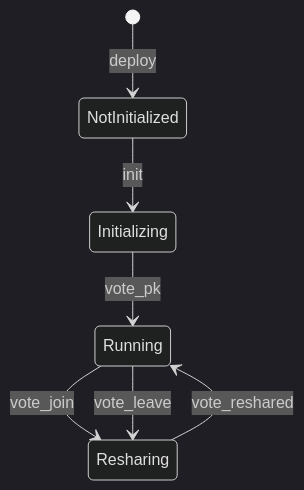
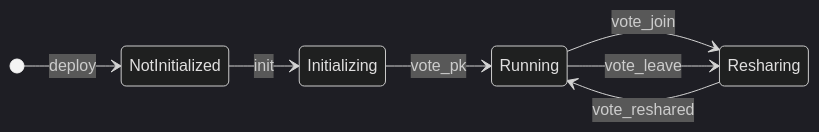
One commit to near/mpc changed the diagram in libs/chain-signatures/contract/readme.md. Above: the diagram before and after it, drawn with Mermaid (dark theme). The commit also changed other lines of this file and 7 other files, not shown here.

````diff
--- a/libs/chain-signatures/contract/readme.md
+++ b/libs/chain-signatures/contract/readme.md
@@ -38,9 +38,10 @@
 ```mermaid
 stateDiagram-v2
+    direction LR
     [*] --> NotInitialized : deploy
     NotInitialized --> Initializing : init
     Initializing --> Running : vote_pk
     Running --> Resharing : vote_join
     Resharing --> Running : vote_reshared
     Running --> Resharing : vote_leave
 ```
````
